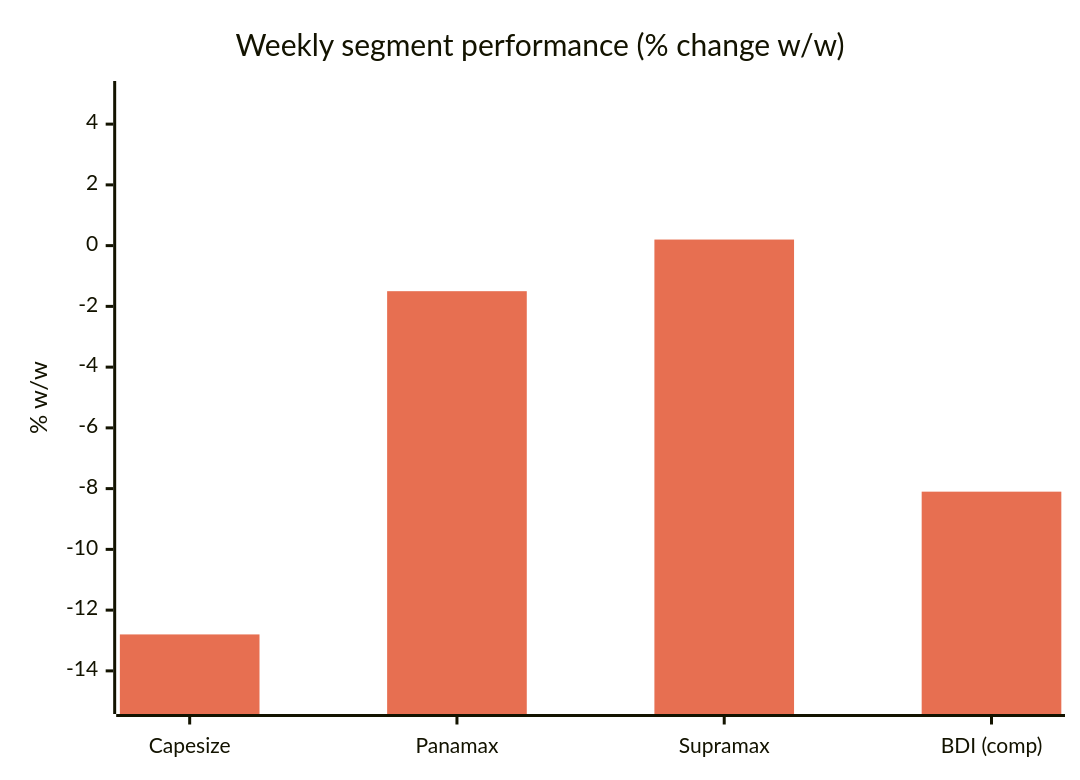
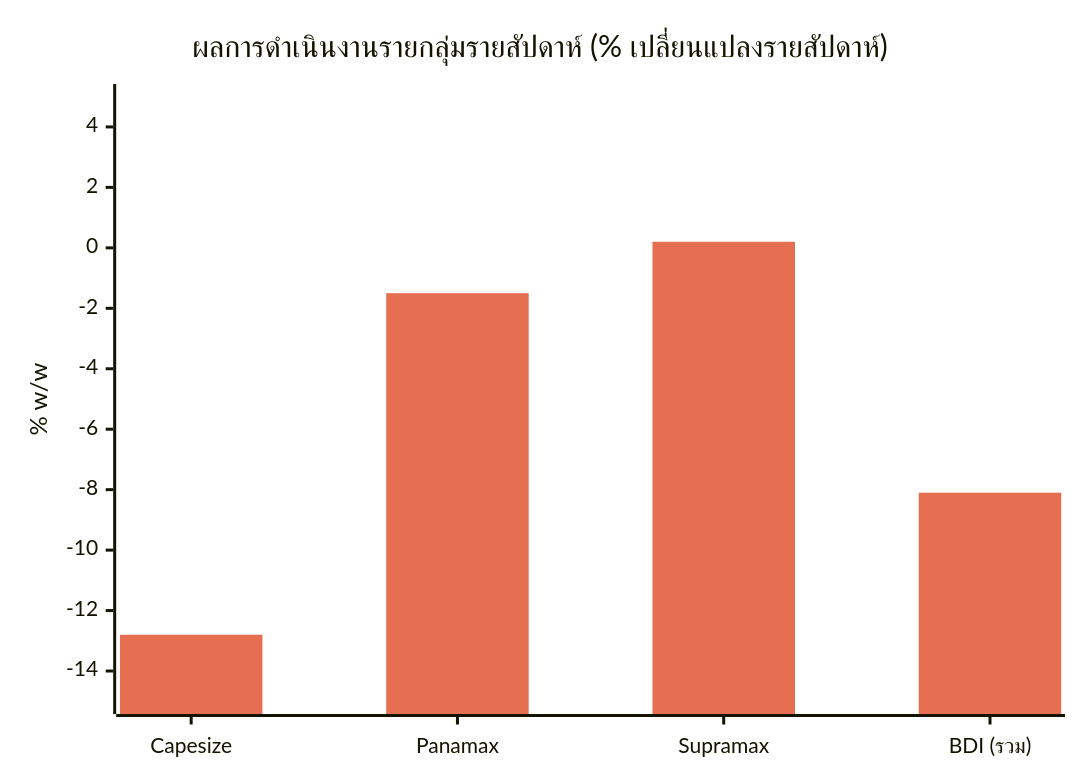
The fifth of 9 diagrams in Global-Trade-Intelligence-weekly-2026-10-05/index.th.md (dureach/research), drawn with Mermaid before and after one commit. The commit also changed other lines of this file and 13 other files, not shown here.

First line of the commit message:
Rewrite both editions: more charts per guideline (10-12: 5->10, 10-05: 4->6)

````diff
--- a/Global-Trade-Intelligence-weekly-2026-10-05/index.th.md
+++ b/Global-Trade-Intelligence-weekly-2026-10-05/index.th.md
@@ -348,8 +369,8 @@
 ```mermaid
 %%{init: {'theme': 'base', 'themeVariables': {'xyChart': {'plotColorPalette': '#e76f51'}}}}%%
 xychart-beta
-    title "Weekly segment performance (% change w/w)"
-    x-axis ["Capesize", "Panamax", "Supramax", "BDI (comp)"]
+    title "ผลการดำเนินงานรายกลุ่มรายสัปดาห์ (% เปลี่ยนแปลงรายสัปดาห์)"
+    x-axis ["Capesize", "Panamax", "Supramax", "BDI (รวม)"]
     y-axis "% w/w" -15 --> 5
     bar [-12.8, -1.5, 0.2, -8.1]
 ```
````
